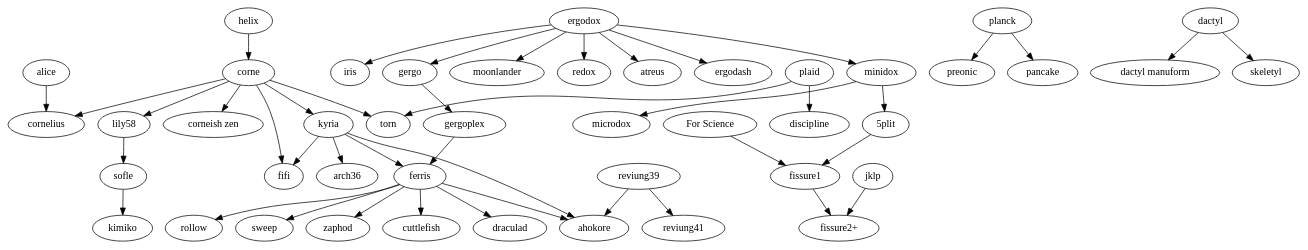
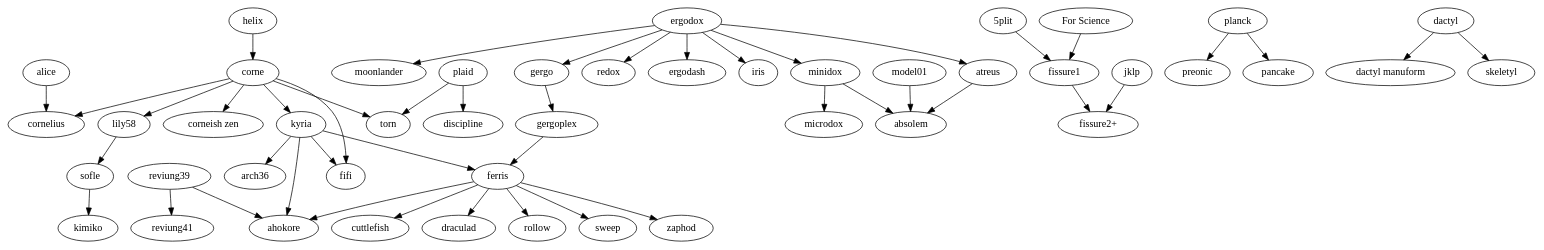
Before and after one commit to petejohanson/mk-family-tree: the diagram in tree.gv, drawn with Graphviz.

Commit message:
Add Absolem and minor tweaks.

```diff
--- a/tree.gv
+++ b/tree.gv
@@ -1,88 +1,95 @@
 digraph T {
   subgraph splits {
     helix -> corne;
 
     corne -> {
       "corneish zen";
       cornelius;
       fifi;
       kyria;
       lily58;
       torn;
     };
 
     lily58 -> sofle;
 
     kyria -> {
         ahokore;
         arch36;
         ferris;
         fifi;
     };
 
     ergodox -> {
       atreus;
       ergodash;
       gergo;
       iris;
       minidox;
       moonlander;
       redox;
     };
 
     gergo -> gergoplex;
     gergoplex -> ferris;
 
     ferris -> {
       ahokore;
       cuttlefish;
       draculad;
       rollow;
       sweep;
       zaphod;
     };
 
     minidox -> {
-      "5plit";
+      absolem;
       microdox;
-    }
+    };
+
+    model01 -> {
+      absolem;
+    };
 
     sofle -> kimiko;
 
     "5plit" -> "fissure1";
     "For Science" -> "fissure1";
     fissure1 -> "fissure2+";
     jklp -> "fissure2+";
   }
 
   subgraph unibody {
+    atreus -> {
+      absolem;
+    };
     reviung39 -> {
       ahokore;
       reviung41;
     };
   };
 
   subgraph ortholinear {
     plaid -> {
       discipline;
       torn;
     };
     planck -> {
       preonic;
       pancake;
     };
   }
 
   subgraph {
     dactyl -> {
       "dactyl manuform";
       skeletyl;
     }
   }
 
   subgraph alicefamily {
     alice -> {
       cornelius;
     }
   }
 }
```
